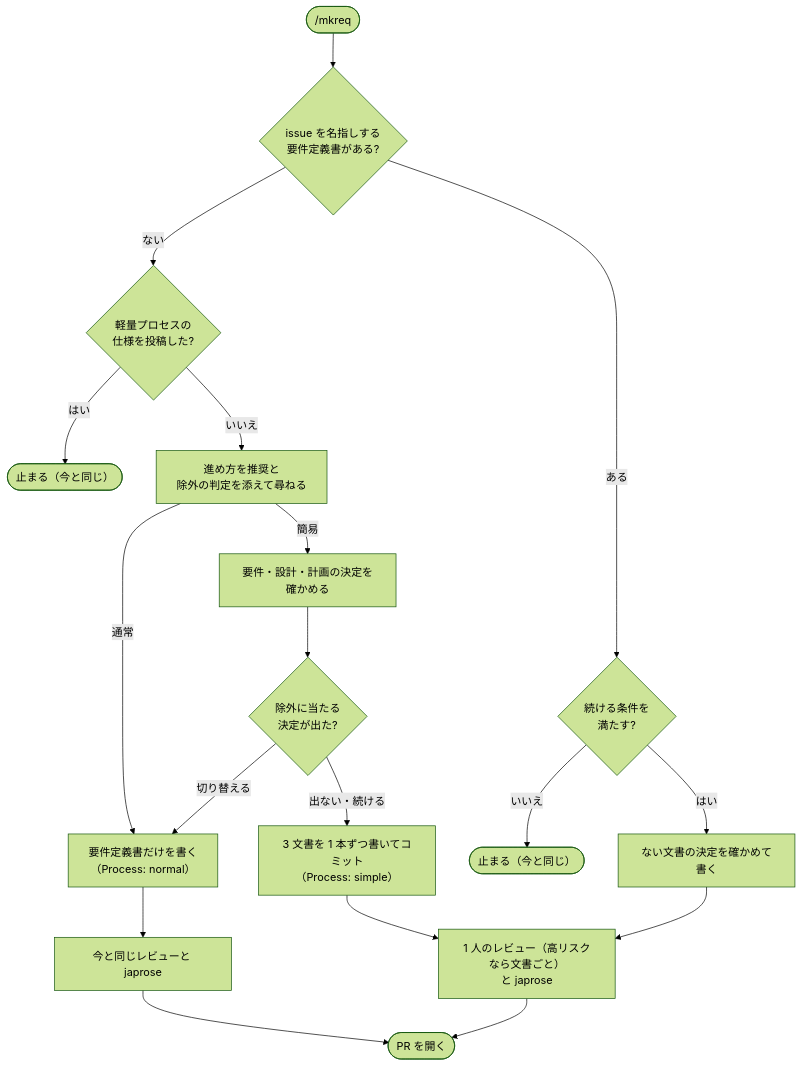
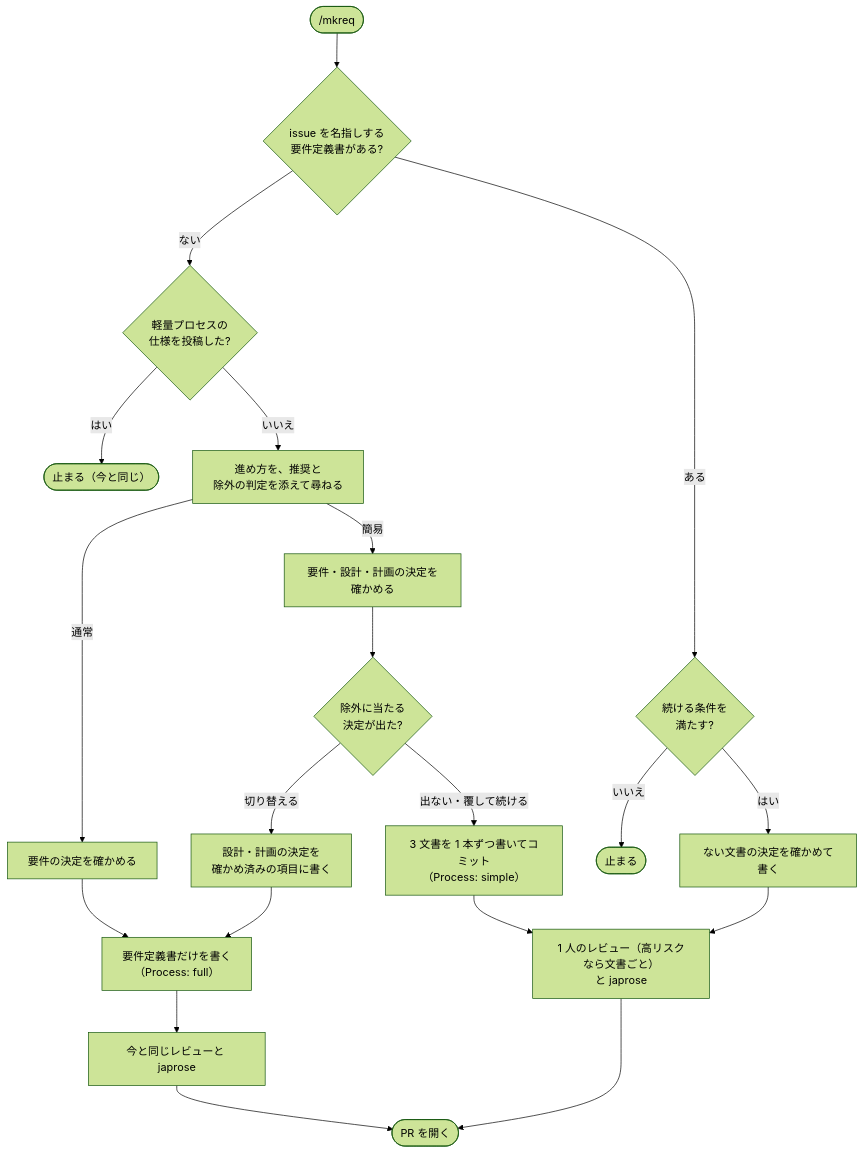
Before and after one commit to isseis/yt2column: the fifth of 7 diagrams in docs/tasks/0072_simple_task_documents/02_architecture.md, drawn with Mermaid (forest theme). The commit also changed other lines of this file and 1 other file, not shown here.

First line of the commit message:
docs(0072): address the design review of the simplified task-document flow

````diff
--- a/docs/tasks/0072_simple_task_documents/02_architecture.md
+++ b/docs/tasks/0072_simple_task_documents/02_architecture.md
@@ -452,20 +529,22 @@
 ```mermaid
 flowchart TD
     Start(["/mkreq <issue>"]) --> Dup{"issue を名指しする<br>要件定義書がある?"}
     Dup -->|"ない"| LW{"軽量プロセスの<br>仕様を投稿した?"}
     Dup -->|"ある"| Resume{"続ける条件を<br>満たす?"}
-    Resume -->|"いいえ"| StopDup(["止まる（今と同じ）"])
+    Resume -->|"いいえ"| StopDup(["止まる"])
     Resume -->|"はい"| Missing["ない文書の決定を確かめて書く"]
     LW -->|"はい"| StopLW(["止まる（今と同じ）"])
-    LW -->|"いいえ"| Ask["進め方を推奨と<br>除外の判定を添えて尋ねる"]
-    Ask -->|"通常"| Normal["要件定義書だけを書く<br>（Process: normal）"]
+    LW -->|"いいえ"| Ask["進め方を、推奨と<br>除外の判定を添えて尋ねる"]
+    Ask -->|"通常"| SettleN["要件の決定を確かめる"]
+    SettleN --> Normal["要件定義書だけを書く<br>（Process: full）"]
     Ask -->|"簡易"| Settle["要件・設計・計画の決定を確かめる"]
     Settle --> Excl{"除外に当たる<br>決定が出た?"}
-    Excl -->|"切り替える"| Normal
-    Excl -->|"出ない・続ける"| Write["3 文書を 1 本ずつ書いてコミット<br>（Process: simple）"]
+    Excl -->|"切り替える"| Switch["設計・計画の決定を<br>確かめ済みの項目に書く"]
+    Switch --> Normal
+    Excl -->|"出ない・覆して続ける"| Write["3 文書を 1 本ずつ書いてコミット<br>（Process: simple）"]
     Missing --> Review
     Write --> Review["1 人のレビュー（高リスクなら文書ごと）<br>と japrose"]
     Normal --> ReviewN["今と同じレビューと japrose"]
     Review --> PR(["PR を開く"])
     ReviewN --> PR
 ```
````
